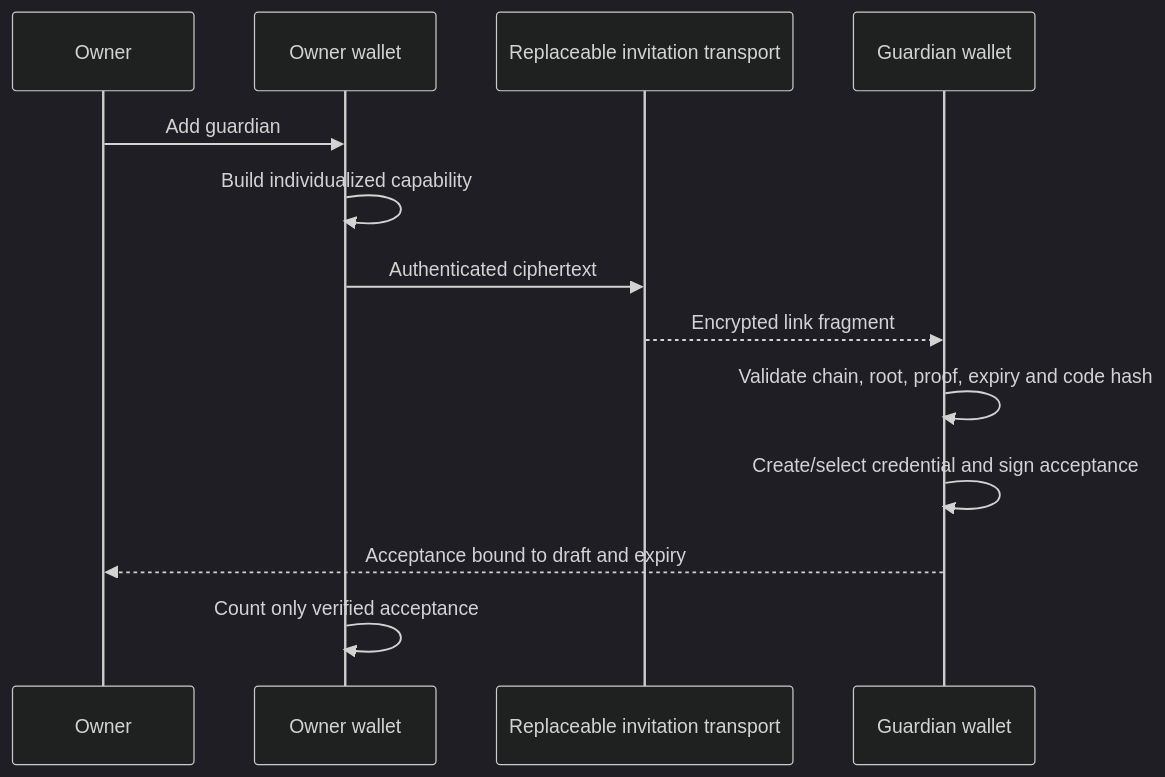
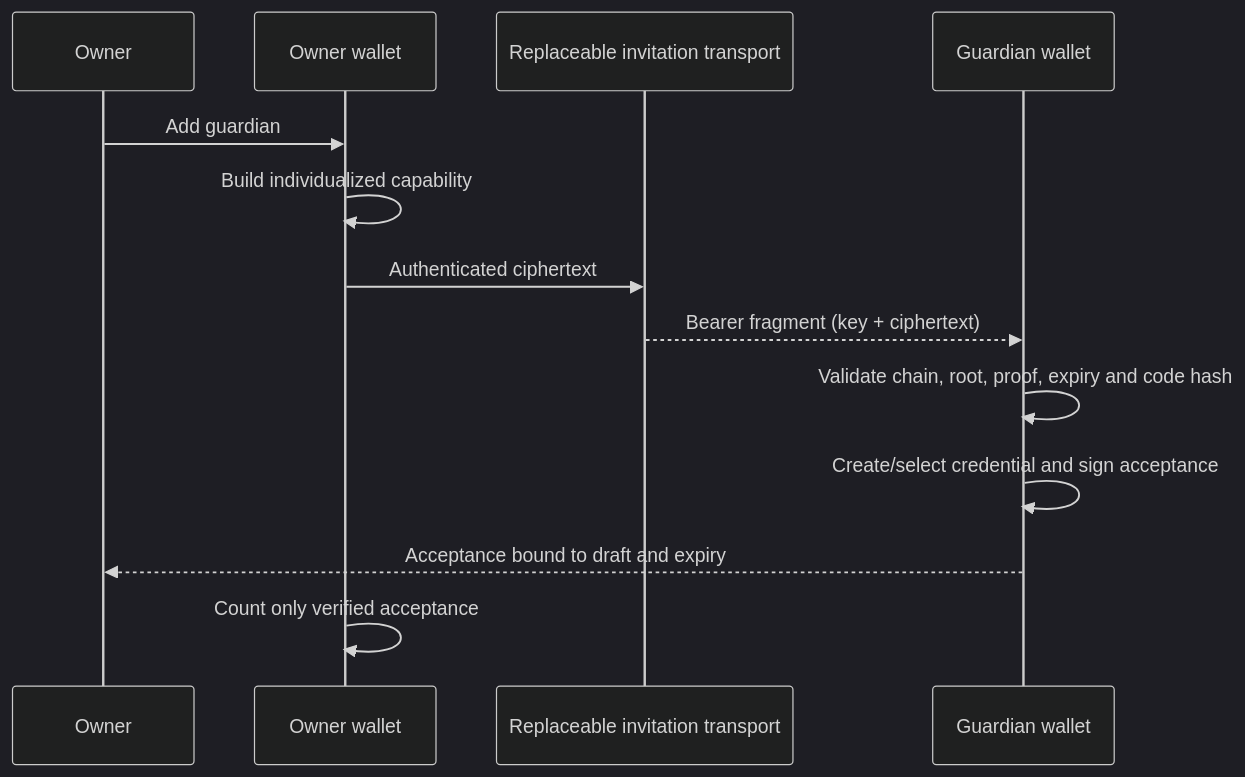
One commit to emirongrr/loom changed the third of 8 diagrams in examples/passkey-wallet-web/README.md. Above: the diagram before and after it, drawn with Mermaid (dark theme). The commit also changed other lines of this file and 6 other files, not shown here.

````diff
--- a/examples/passkey-wallet-web/README.md
+++ b/examples/passkey-wallet-web/README.md
@@ -98,15 +98,15 @@
 ```mermaid
 sequenceDiagram
   participant O as Owner
   participant W as Owner wallet
   participant T as Replaceable invitation transport
   participant G as Guardian wallet
   O->>W: Add guardian
   W->>W: Build individualized capability
   W->>T: Authenticated ciphertext
-  T-->>G: Encrypted link fragment
+  T-->>G: Bearer fragment (key + ciphertext)
   G->>G: Validate chain, root, proof, expiry and code hash
   G->>G: Create/select credential and sign acceptance
   G-->>O: Acceptance bound to draft and expiry
   W->>W: Count only verified acceptance
 ```
````
